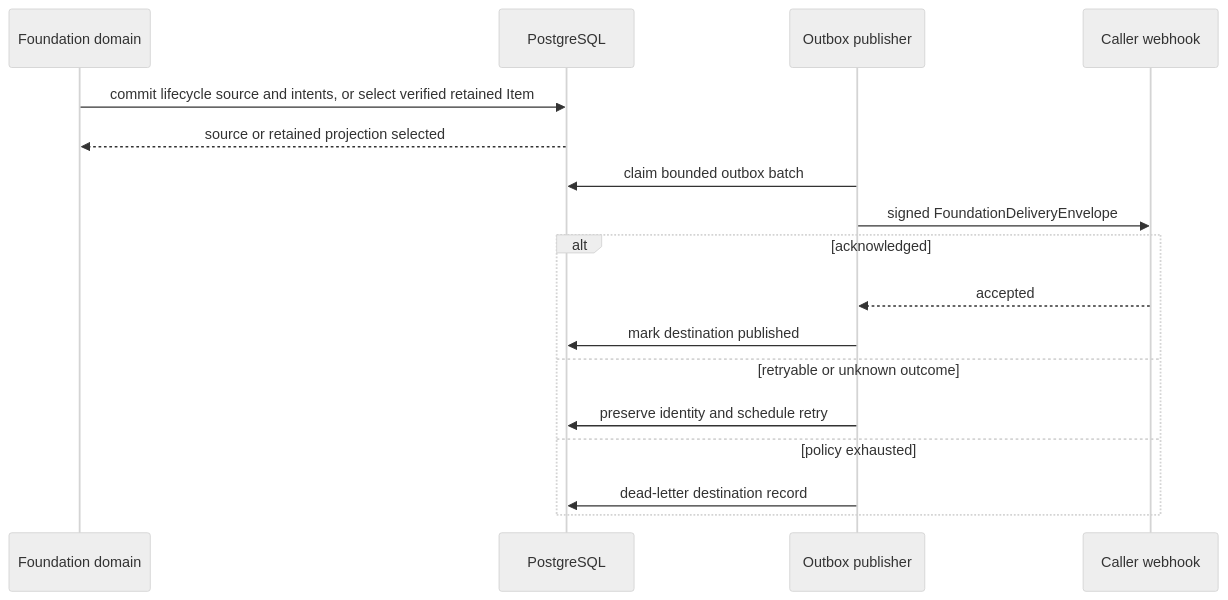
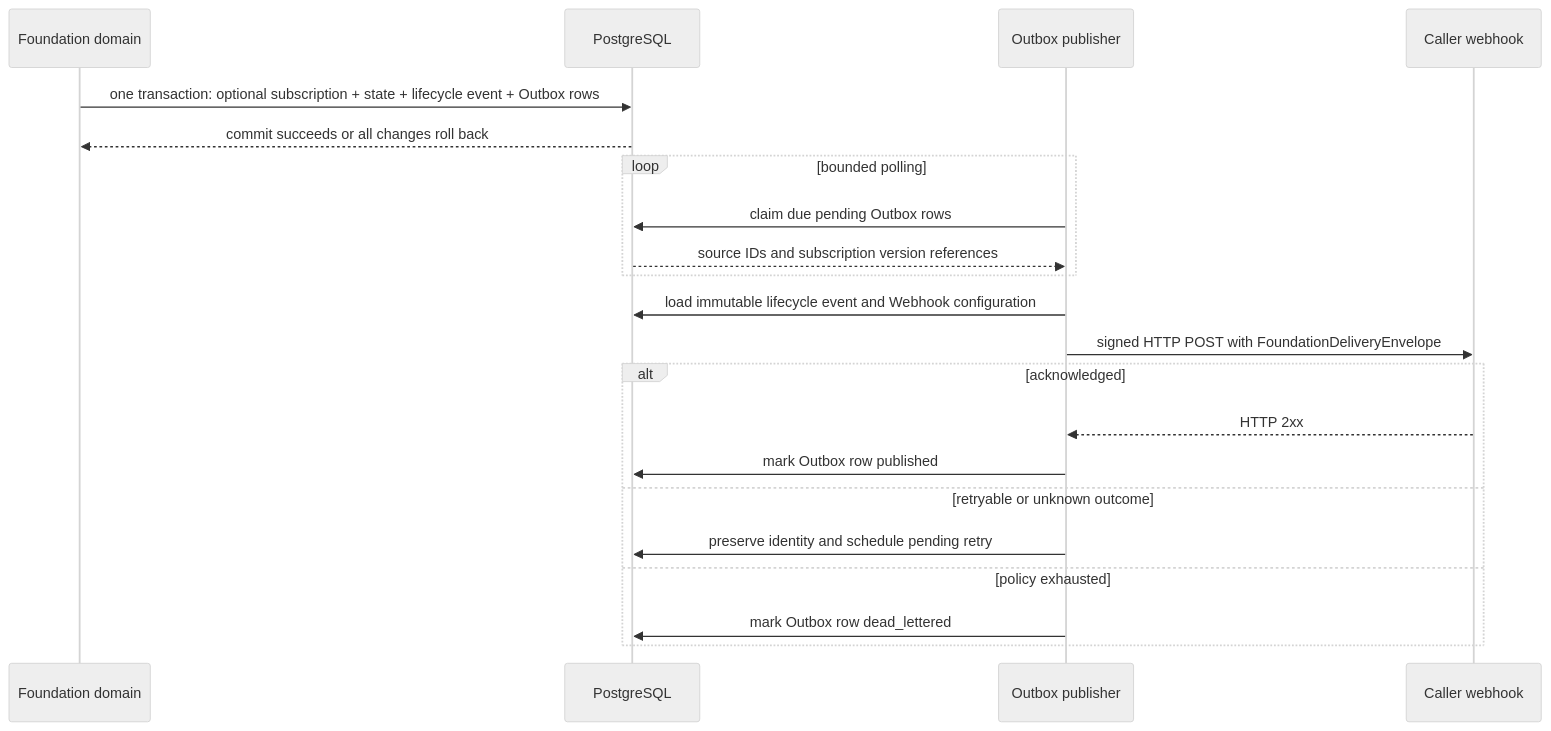
One commit to converge-ai-labs/agent-foundation changed the fourth of 4 diagrams in spec/foundation-service/20a-hook-notifications.md. Above: the diagram before and after it, drawn with Mermaid (neutral theme). The commit also changed other lines of this file and 26 other files, not shown here.

````diff
--- a/spec/foundation-service/20a-hook-notifications.md
+++ b/spec/foundation-service/20a-hook-notifications.md
@@ -235,20 +484,24 @@
 ```mermaid
 sequenceDiagram
     participant Domain as Foundation domain
     participant DB as PostgreSQL
     participant Publisher as Outbox publisher
     participant Caller as Caller webhook
 
-    Domain->>DB: commit lifecycle source and intents, or select verified retained Item
-    DB-->>Domain: source or retained projection selected
-    Publisher->>DB: claim bounded outbox batch
-    Publisher->>Caller: signed FoundationDeliveryEnvelope
+    Domain->>DB: one transaction: optional subscription + state + lifecycle event + Outbox rows
+    DB-->>Domain: commit succeeds or all changes roll back
+    loop bounded polling
+        Publisher->>DB: claim due pending Outbox rows
+        DB-->>Publisher: source IDs and subscription version references
+    end
+    Publisher->>DB: load immutable lifecycle event and Webhook configuration
+    Publisher->>Caller: signed HTTP POST with FoundationDeliveryEnvelope
     alt acknowledged
-        Caller-->>Publisher: accepted
-        Publisher->>DB: mark destination published
+        Caller-->>Publisher: HTTP 2xx
+        Publisher->>DB: mark Outbox row published
     else retryable or unknown outcome
-        Publisher->>DB: preserve identity and schedule retry
+        Publisher->>DB: preserve identity and schedule pending retry
     else policy exhausted
-        Publisher->>DB: dead-letter destination record
+        Publisher->>DB: mark Outbox row dead_lettered
     end
 ```
````
